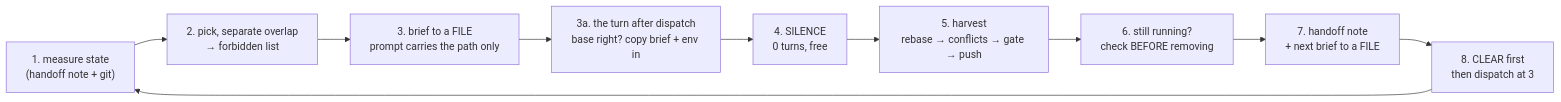
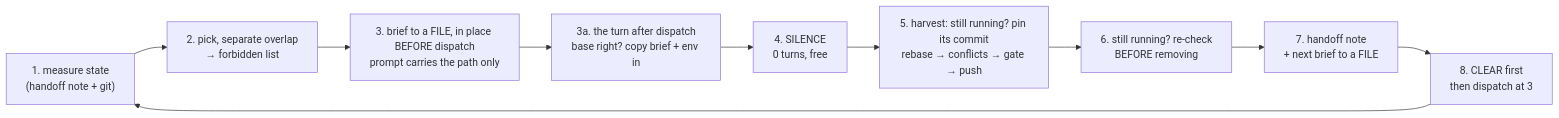
Before and after one commit to sh5623/parallel-worktree: the first of 2 diagrams in README.md, drawn with Mermaid. The commit also changed other lines of this file and 9 other files, not shown here.

````diff
--- a/README.md
+++ b/README.md
@@ -92,12 +94,12 @@
 ```mermaid
 flowchart LR
     A["1. measure state<br/>(handoff note + git)"] --> B["2. pick, separate overlap<br/>→ forbidden list"]
-    B --> C["3. brief to a FILE<br/>prompt carries the path only"]
+    B --> C["3. brief to a FILE, in place BEFORE dispatch<br/>prompt carries the path only"]
     C --> C2["3a. the turn after dispatch<br/>base right? copy brief + env in"]
     C2 --> D["4. SILENCE<br/>0 turns, free"]
-    D --> E["5. harvest<br/>rebase → conflicts → gate → push"]
-    E --> F["6. still running?<br/>check BEFORE removing"]
+    D --> E["5. harvest: still running? pin its commit<br/>rebase → conflicts → gate → push"]
+    E --> F["6. still running? re-check<br/>BEFORE removing"]
     F --> G["7. handoff note<br/>+ next brief to a FILE"]
     G --> H["8. CLEAR first<br/>then dispatch at 3"]
     H --> A
 ```
````
